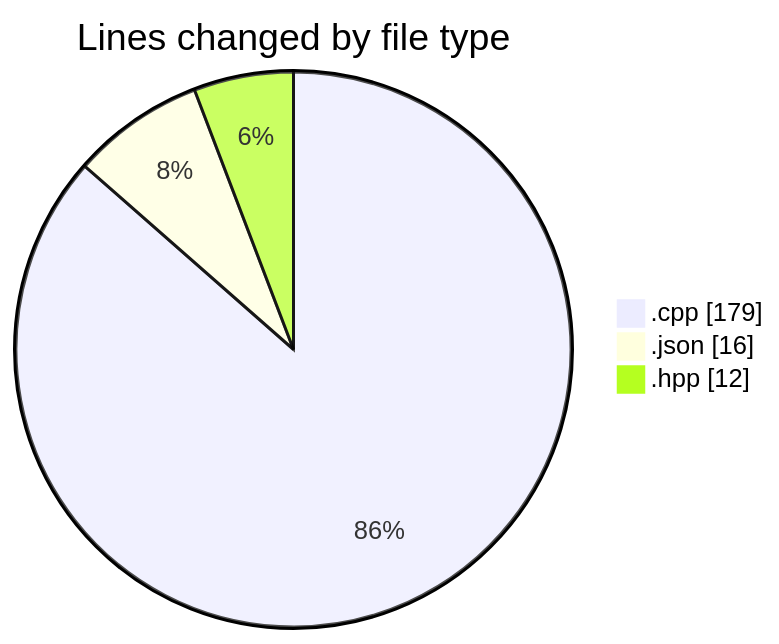
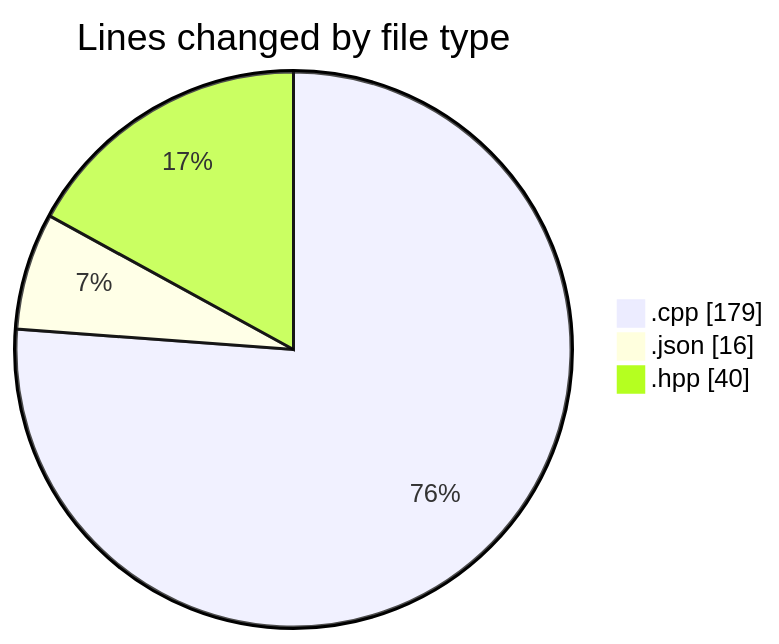
The first of 2 diagrams in 2025-04-28/date/README.md (Netris89/code-tracking), drawn with Mermaid before and after one commit. The commit also changed other lines of this file and 1 other file, not shown here.

````diff
--- a/2025-04-28/date/README.md
+++ b/2025-04-28/date/README.md
@@ -22,7 +22,7 @@
 ```mermaid
 pie showData
 title Lines changed by file type
 ".cpp" : 179
 ".json" : 16
-".hpp" : 12
+".hpp" : 40
 ```
````
